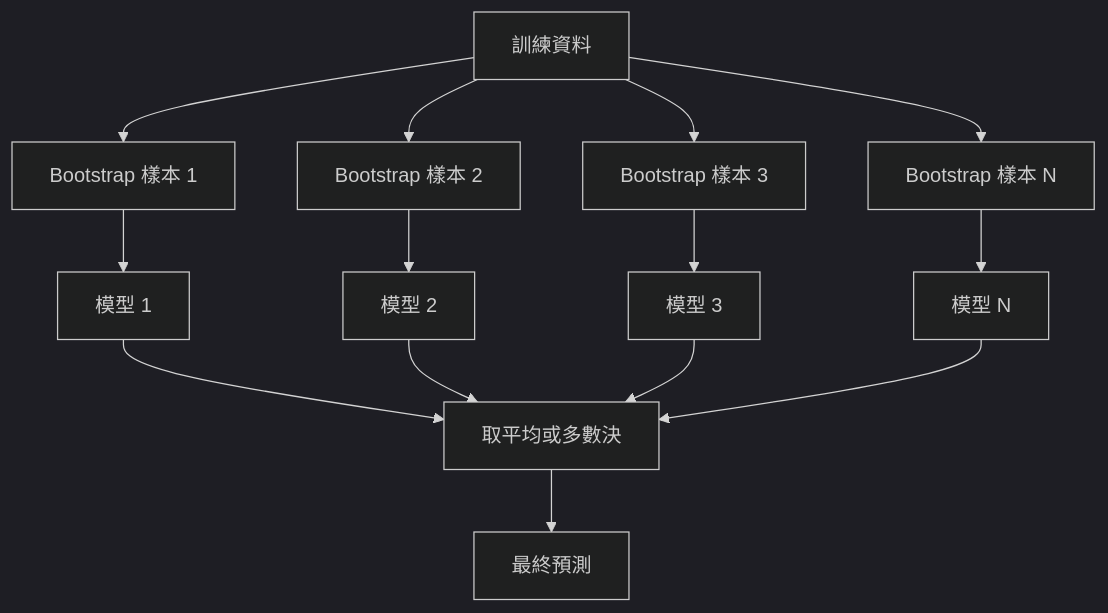
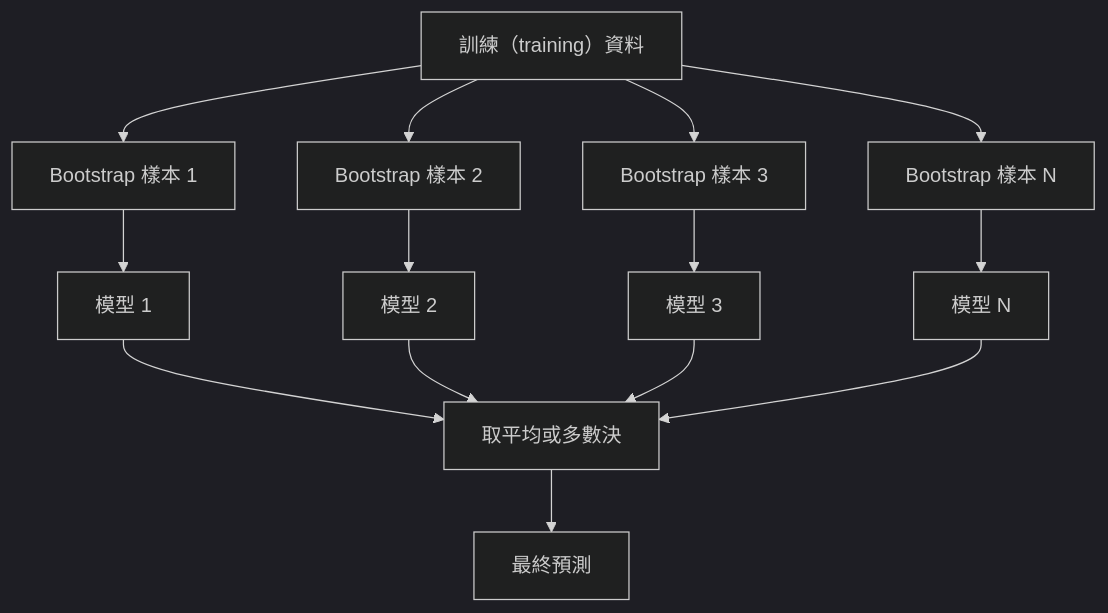
One commit to edward821220/ai-engineering-from-scratch changed the first of 3 diagrams in i18n/zh-TW/phases/02-ml-fundamentals/11-ensemble-methods/docs/zh-TW.md. Above: the diagram before and after it, drawn with Mermaid (dark theme). The commit also changed other lines of this file and 197 other files, not shown here.

````diff
--- a/i18n/zh-TW/phases/02-ml-fundamentals/11-ensemble-methods/docs/zh-TW.md
+++ b/i18n/zh-TW/phases/02-ml-fundamentals/11-ensemble-methods/docs/zh-TW.md
@@ -46,19 +46,19 @@
 ```mermaid
 flowchart TD
-    D[訓練資料] --> B1[Bootstrap 樣本 1]
+    D[訓練（training）資料] --> B1[Bootstrap 樣本 1]
     D --> B2[Bootstrap 樣本 2]
     D --> B3[Bootstrap 樣本 3]
     D --> BN[Bootstrap 樣本 N]
 
     B1 --> M1[模型 1]
     B2 --> M2[模型 2]
     B3 --> M3[模型 3]
     BN --> MN[模型 N]
 
     M1 --> V[取平均或多數決]
     M2 --> V
     M3 --> V
     MN --> V
 
     V --> P[最終預測]
 ```
````
